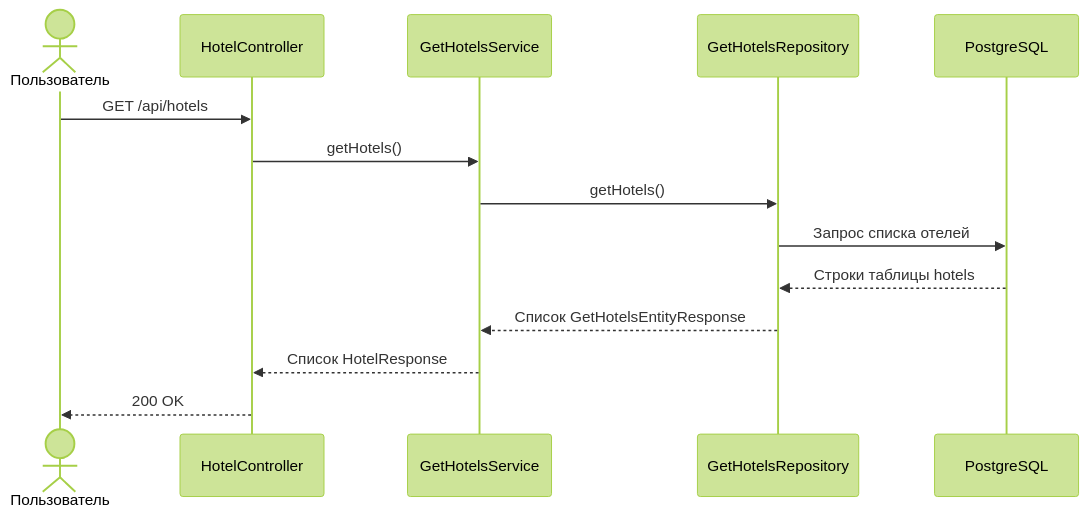
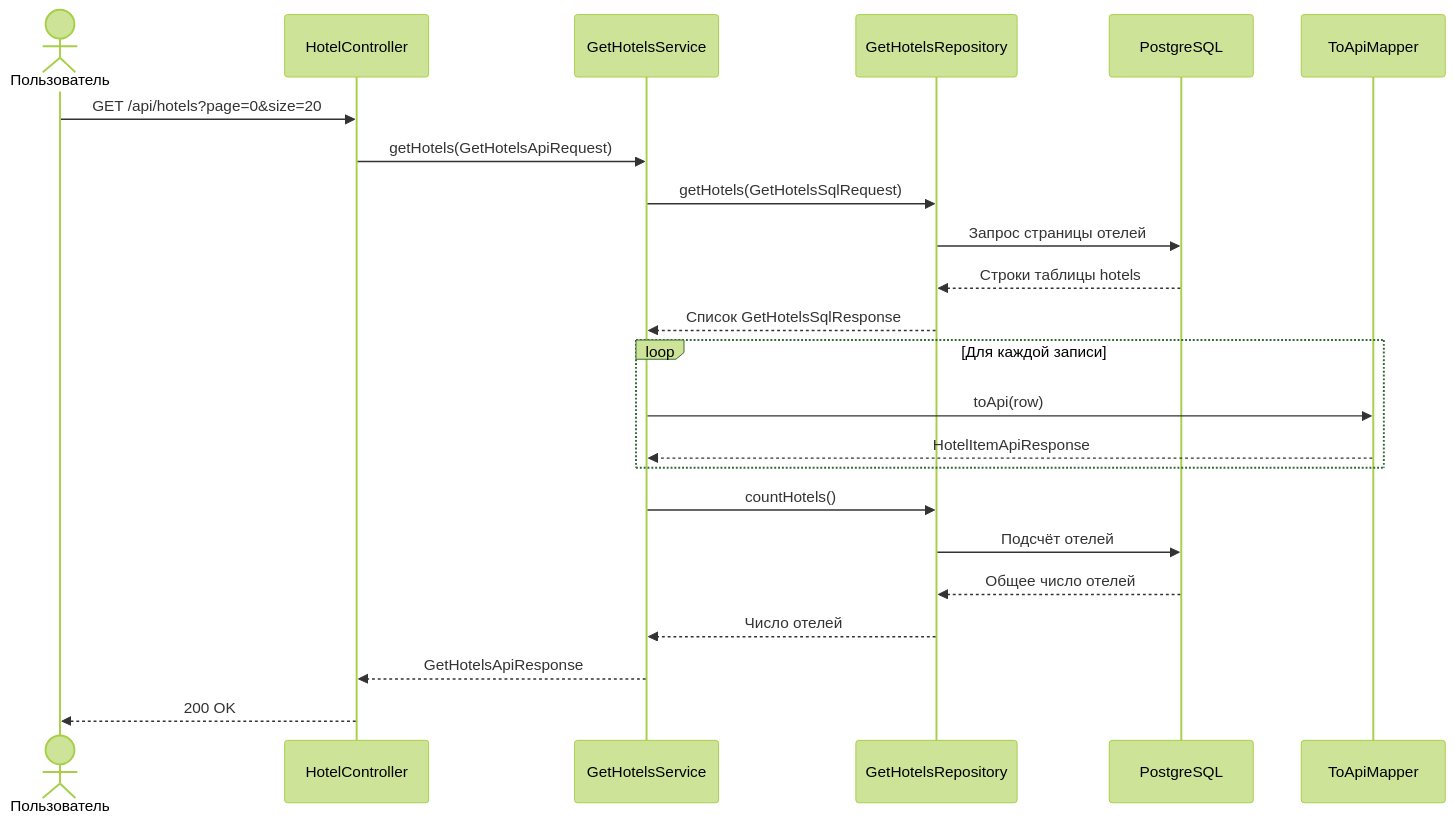
Before and after one commit to Dikov-Hotel-Booking-System/hbs-hotel-service: the diagram in docs/endpoints/get_hotels.md, drawn with Mermaid (forest theme). The commit also changed other lines of this file and 23 other files, not shown here.

Commit message:
Добавить разбиение списка отелей на страницы и проверки

````diff
--- a/docs/endpoints/get_hotels.md
+++ b/docs/endpoints/get_hotels.md
@@ -54,16 +79,25 @@
 ```mermaid
 sequenceDiagram
     actor User as Пользователь
     participant API as HotelController
     participant Service as GetHotelsService
     participant Repository as GetHotelsRepository
     participant DB as PostgreSQL
-    User ->> API: GET /api/hotels
-    API ->> Service: getHotels()
-    Service ->> Repository: getHotels()
-    Repository ->> DB: Запрос списка отелей
+    participant Mapper as ToApiMapper
+    User ->> API: GET /api/hotels?page=0&size=20
+    API ->> Service: getHotels(GetHotelsApiRequest)
+    Service ->> Repository: getHotels(GetHotelsSqlRequest)
+    Repository ->> DB: Запрос страницы отелей
     DB -->> Repository: Строки таблицы hotels
-    Repository -->> Service: Список GetHotelsEntityResponse
-    Service -->> API: Список HotelResponse
+    Repository -->> Service: Список GetHotelsSqlResponse
+    loop Для каждой записи
+        Service ->> Mapper: toApi(row)
+        Mapper -->> Service: HotelItemApiResponse
+    end
+    Service ->> Repository: countHotels()
+    Repository ->> DB: Подсчёт отелей
+    DB -->> Repository: Общее число отелей
+    Repository -->> Service: Число отелей
+    Service -->> API: GetHotelsApiResponse
     API -->> User: 200 OK
 ```
````
